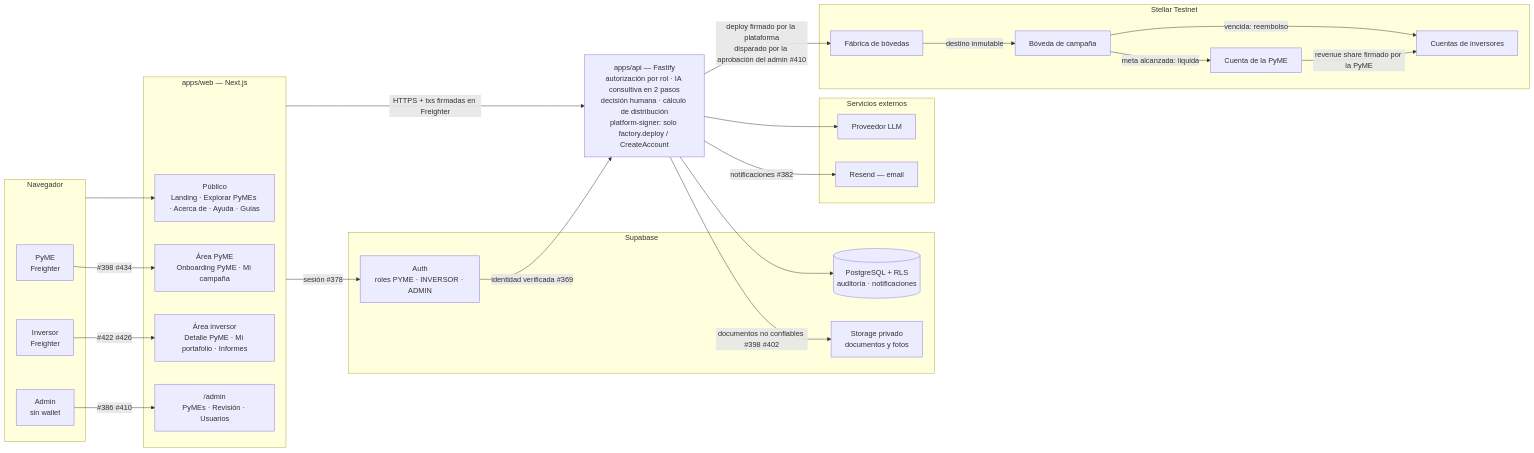
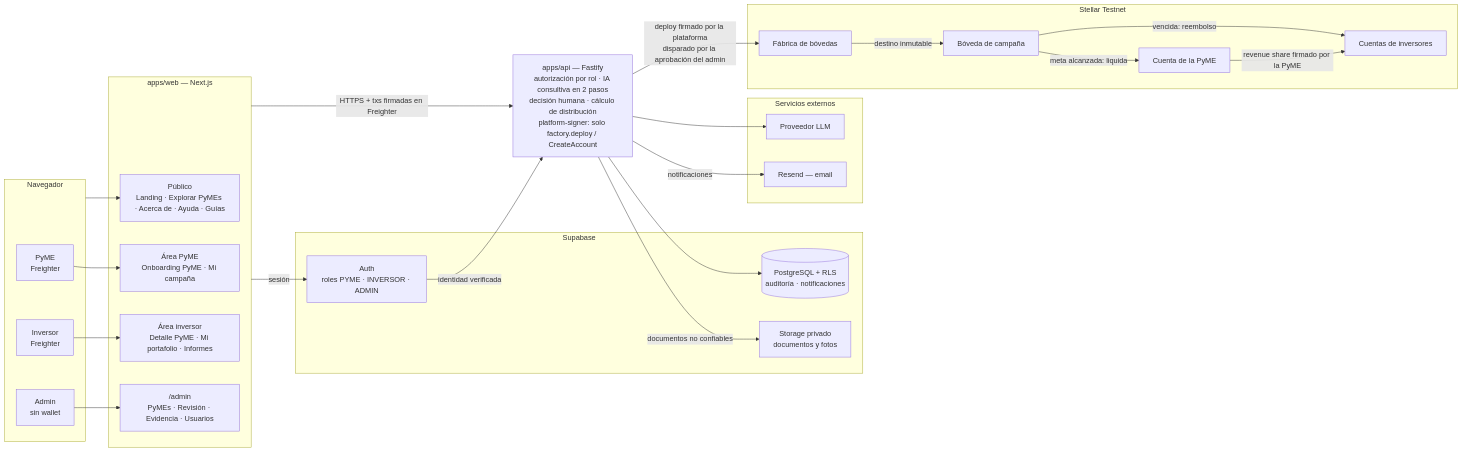
One commit to reyduar/Vaqcrow changed the third of 3 diagrams in README.md. Above: the diagram before and after it, drawn with Mermaid. The commit also changed other lines of this file and 3 other files, not shown here.

````diff
--- a/README.md
+++ b/README.md
@@ -193,52 +213,52 @@
 ```mermaid
 graph LR
     subgraph NAV["Navegador"]
         PYME["PyME<br/>Freighter"]
         INV["Inversor<br/>Freighter"]
         ADMIN["Admin<br/>sin wallet"]
     end
 
     subgraph WEB["apps/web — Next.js"]
         PUBLIC["Público<br/>Landing · Explorar PyMEs · Acerca de · Ayuda · Guías"]
         PYMEAREA["Área PyME<br/>Onboarding PyME · Mi campaña"]
         INVAREA["Área inversor<br/>Detalle PyME · Mi portafolio · Informes"]
-        ADMINAREA["/admin<br/>PyMEs · Revisión · Usuarios"]
+        ADMINAREA["/admin<br/>PyMEs · Revisión · Evidencia · Usuarios"]
     end
 
     subgraph SB["Supabase"]
         AUTH["Auth<br/>roles PYME · INVERSOR · ADMIN"]
         DB[("PostgreSQL + RLS<br/>auditoría · notificaciones")]
         STORAGE["Storage privado<br/>documentos y fotos"]
     end
 
     API["apps/api — Fastify<br/>autorización por rol · IA consultiva en 2 pasos<br/>decisión humana · cálculo de distribución<br/>platform-signer: solo factory.deploy / CreateAccount"]
 
     subgraph EXT["Servicios externos"]
         LLM["Proveedor LLM"]
         RESEND["Resend — email"]
     end
 
     subgraph ST["Stellar Testnet"]
         FACTORY["Fábrica de bóvedas"]
         VAULT["Bóveda de campaña"]
         PYMEACC["Cuenta de la PyME"]
         INVACC["Cuentas de inversores"]
     end
 
     NAV --> PUBLIC
-    PYME -->|"#398 #434"| PYMEAREA
-    INV -->|"#422 #426"| INVAREA
-    ADMIN -->|"#386 #410"| ADMINAREA
-    WEB -->|"sesión #378"| AUTH
+    PYME --> PYMEAREA
+    INV --> INVAREA
+    ADMIN --> ADMINAREA
+    WEB -->|"sesión"| AUTH
     WEB -->|"HTTPS + txs firmadas en Freighter"| API
-    AUTH -->|"identidad verificada #369"| API
+    AUTH -->|"identidad verificada"| API
     API --> DB
-    API -->|"documentos no confiables #398 #402"| STORAGE
+    API -->|"documentos no confiables"| STORAGE
     API --> LLM
-    API -->|"notificaciones #382"| RESEND
-    API -->|"deploy firmado por la plataforma<br/>disparado por la aprobación del admin #410"| FACTORY
+    API -->|"notificaciones"| RESEND
+    API -->|"deploy firmado por la plataforma<br/>disparado por la aprobación del admin"| FACTORY
     FACTORY -->|"destino inmutable"| VAULT
     VAULT -->|"meta alcanzada: liquida"| PYMEACC
     VAULT -->|"vencida: reembolso"| INVACC
     PYMEACC -->|"revenue share firmado por la PyME"| INVACC
 ```
````
